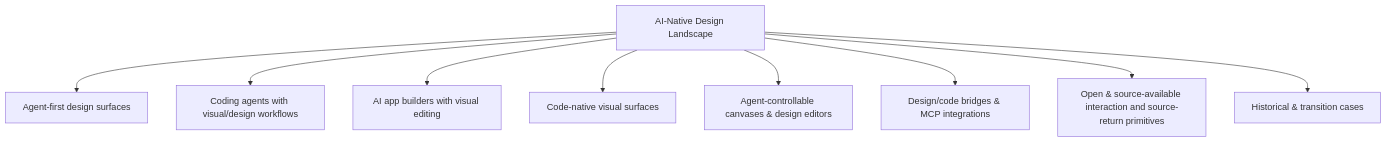
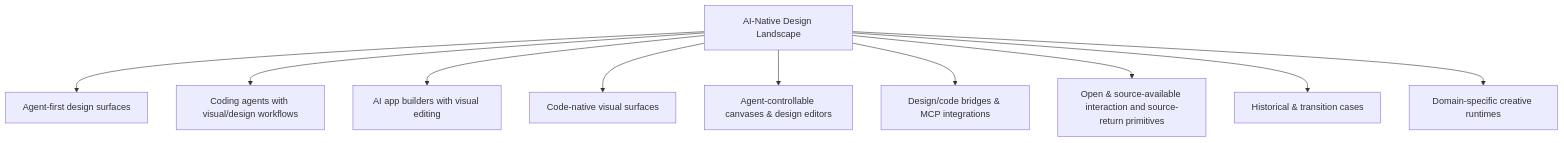
One commit to cc1024201/ai-native-design-landscape changed the first of 2 diagrams in README.md. Above: the diagram before and after it, drawn with Mermaid. The commit also changed other lines of this file and 1 other file, not shown here.

````diff
--- a/README.md
+++ b/README.md
@@ -114,12 +115,13 @@
 ```mermaid
 flowchart TD
     L[AI-Native Design Landscape]
     L --> A[Agent-first design surfaces]
     L --> B[Coding agents with visual/design workflows]
     L --> C[AI app builders with visual editing]
     L --> D[Code-native visual surfaces]
     L --> E[Agent-controllable canvases & design editors]
     L --> F[Design/code bridges & MCP integrations]
     L --> G[Open & source-available interaction and source-return primitives]
     L --> H[Historical & transition cases]
+    L --> I[Domain-specific creative runtimes]
 ```
````
